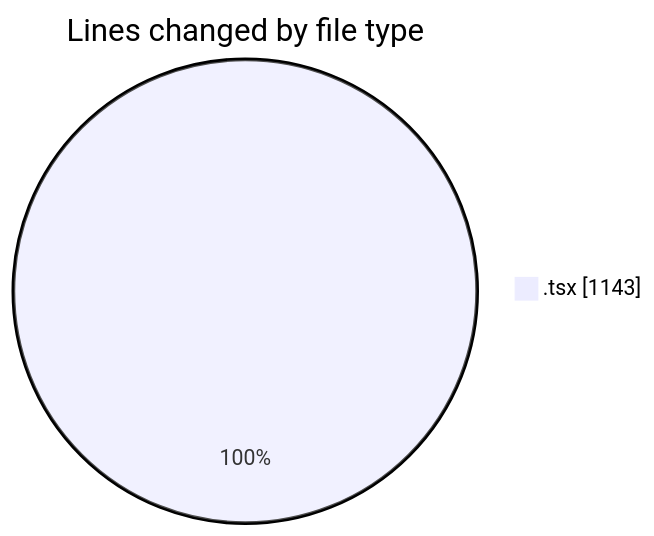
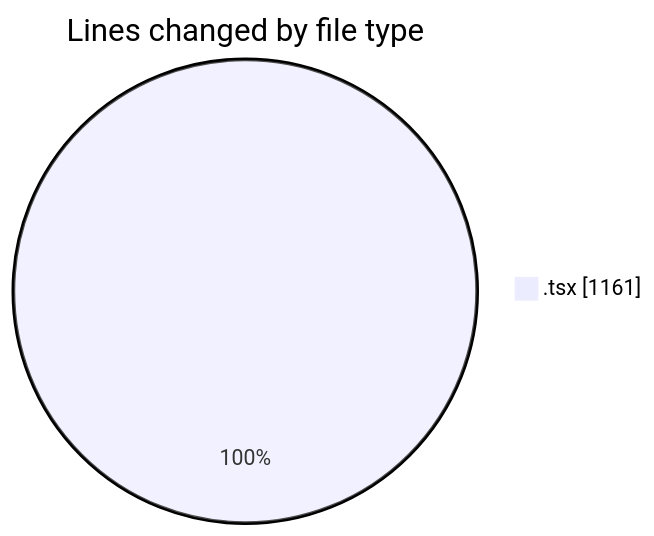
Before and after one commit to nxtqubesakshisongat/code-tracking: the first of 2 diagrams in 2026-02-03/nxtqube_webapp/README.md, drawn with Mermaid. The commit also changed other lines of this file and 1 other file, not shown here.

````diff
--- a/2026-02-03/nxtqube_webapp/README.md
+++ b/2026-02-03/nxtqube_webapp/README.md
@@ -20,5 +20,5 @@
 ```mermaid
 pie showData
 title Lines changed by file type
-".tsx" : 1143
+".tsx" : 1161
 ```
````
